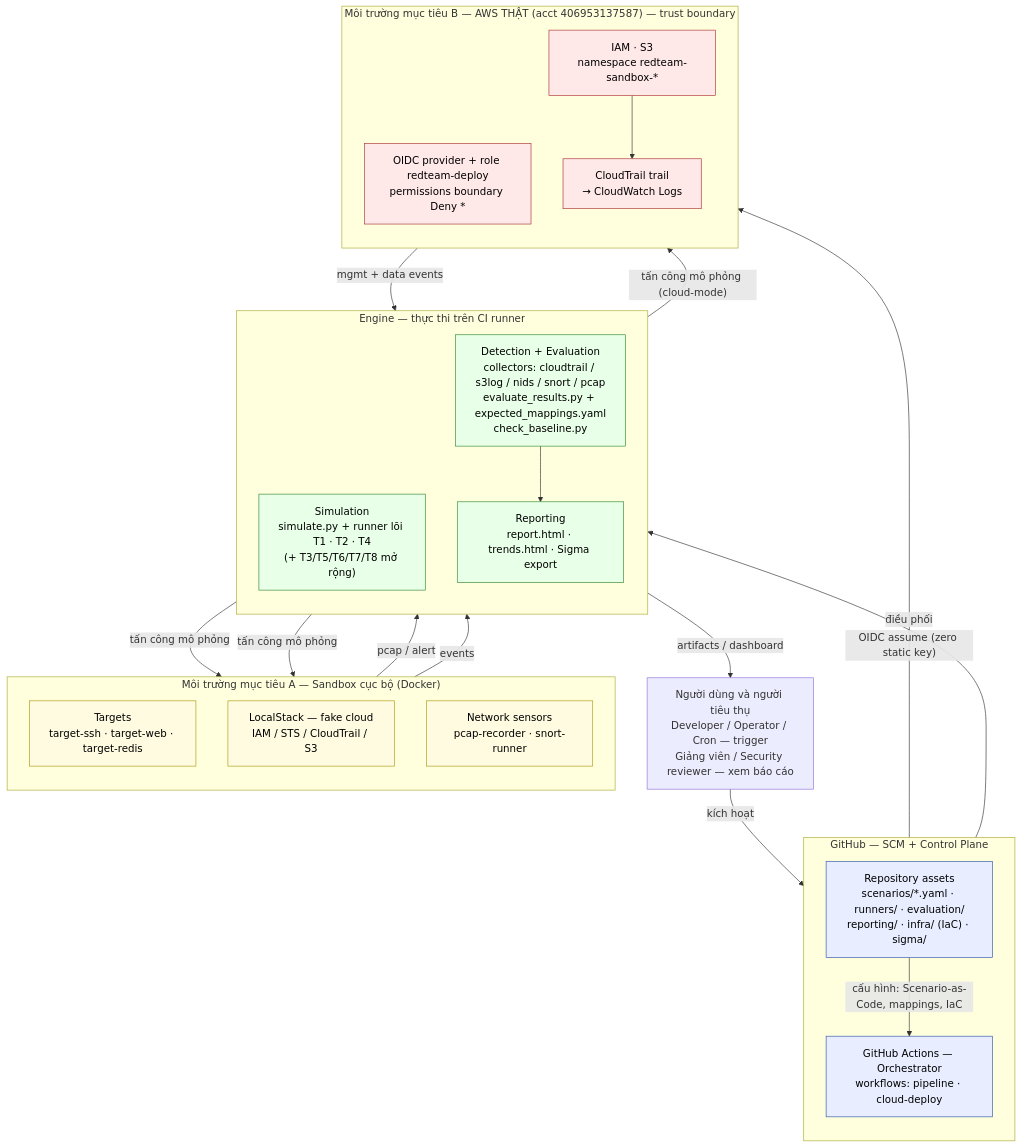
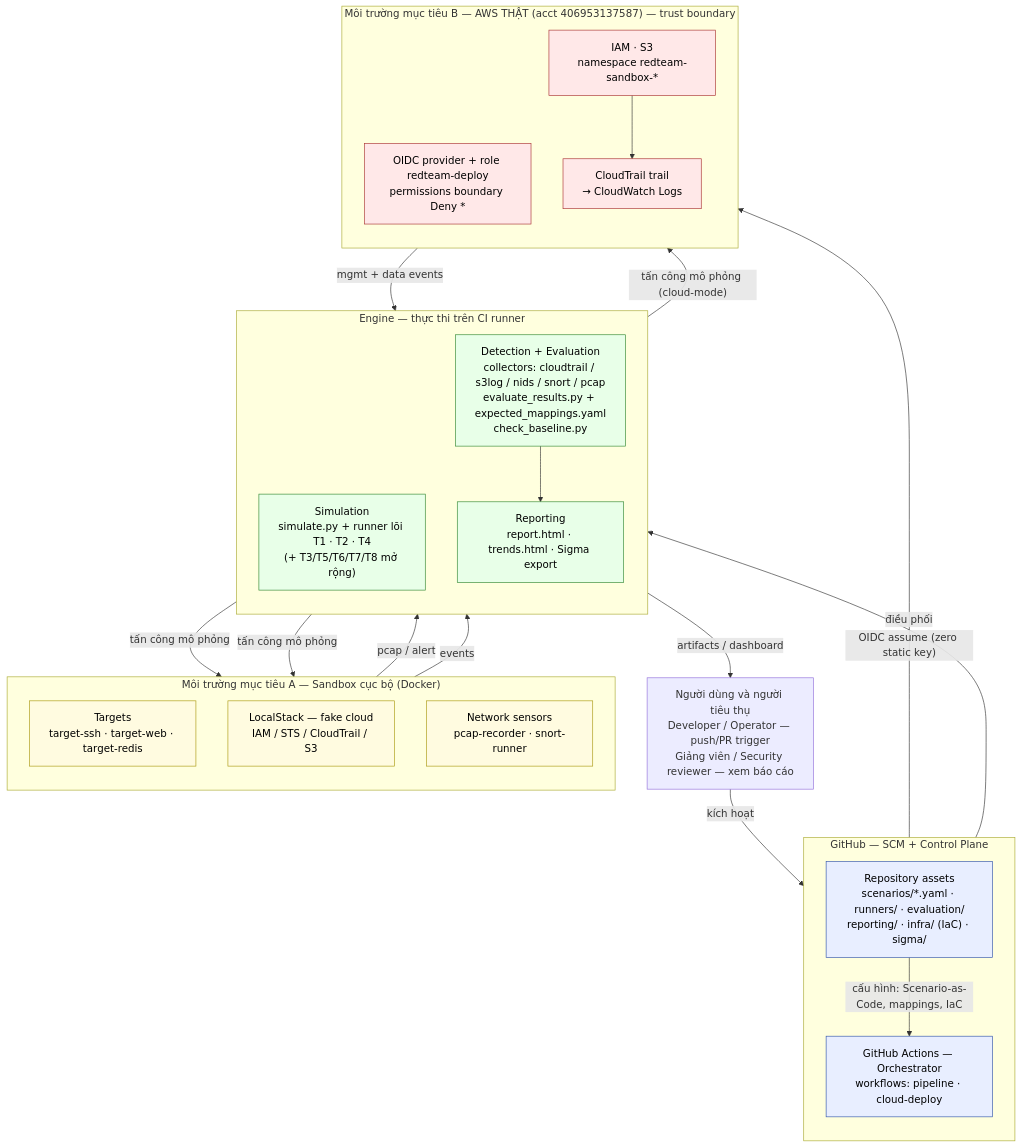
The first of 5 diagrams in docs/architecture.md (sampleit533/auto-redteam), drawn with Mermaid before and after one commit. The commit also changed 2 other files, not shown here.

Commit message:
Docs: finish 2-workflow consistency; retire stale duplicate proposal
- proposal_v2_redteam.md: fix deliverables '4 workflow' -> '2 workflow'; drop
  'Cron' trigger persona from the architecture diagram (no scheduled workflow).
- docs/architecture.md: same actor-node fix (push/PR trigger only).
- Rename orphaned stale copy docs/proposal_v2_redteam.md -> .md.bak so the root
  proposal_v2_redteam.md is the single canonical proposal.

````diff
--- a/docs/architecture.md
+++ b/docs/architecture.md
@@ -22,55 +22,55 @@
 ```mermaid
 flowchart TB
-    actors["Người dùng và người tiêu thụ<br/>Developer / Operator / Cron — trigger<br/>Giảng viên / Security reviewer — xem báo cáo"]
+    actors["Người dùng và người tiêu thụ<br/>Developer / Operator — push/PR trigger<br/>Giảng viên / Security reviewer — xem báo cáo"]
 
     subgraph GH["GitHub — SCM + Control Plane"]
         direction TB
         repo["Repository assets<br/>scenarios/*.yaml · runners/ · evaluation/<br/>reporting/ · infra/ (IaC) · sigma/"]
         gha["GitHub Actions — Orchestrator<br/>workflows: pipeline · cloud-deploy"]
     end
 
     subgraph ENG["Engine — thực thi trên CI runner"]
         direction TB
         sim["Simulation<br/>simulate.py + runner lõi T1 · T2 · T4<br/>(+ T3/T5/T6/T7/T8 mở rộng)"]
         det["Detection + Evaluation<br/>collectors: cloudtrail / s3log / nids / snort / pcap<br/>evaluate_results.py + expected_mappings.yaml<br/>check_baseline.py"]
         rep["Reporting<br/>report.html · trends.html · Sigma export"]
     end
 
     subgraph ENVA["Môi trường mục tiêu A — Sandbox cục bộ (Docker)"]
         direction TB
         tgt["Targets<br/>target-ssh · target-web · target-redis"]
         lstack["LocalStack — fake cloud<br/>IAM / STS / CloudTrail / S3"]
         sens["Network sensors<br/>pcap-recorder · snort-runner"]
     end
 
     subgraph ENVB["Môi trường mục tiêu B — AWS THẬT (acct 406953137587) — trust boundary"]
         direction TB
         oidc["OIDC provider + role redteam-deploy<br/>permissions boundary Deny *"]
         awsres["IAM · S3<br/>namespace redteam-sandbox-*"]
         ct["CloudTrail trail<br/>→ CloudWatch Logs"]
     end
 
     actors -->|"kích hoạt"| gha
     repo -->|"cấu hình: Scenario-as-Code, mappings, IaC"| gha
     gha -->|"điều phối"| ENG
     gha -->|"OIDC assume (zero static key)"| oidc
 
     sim -->|"tấn công mô phỏng"| tgt
     sim -->|"tấn công mô phỏng"| lstack
     sim -->|"tấn công mô phỏng (cloud-mode)"| awsres
     awsres --> ct
     sens -->|"pcap / alert"| det
     lstack -->|"events"| det
     ct -->|"mgmt + data events"| det
     det --> rep
     rep -->|"artifacts / dashboard"| actors
 
     classDef gh fill:#e8eeff,stroke:#3355aa,color:#000;
     classDef eng fill:#e8ffe8,stroke:#338833,color:#000;
     classDef enva fill:#fffbe0,stroke:#aa9911,color:#000;
     classDef envb fill:#ffe8e8,stroke:#aa3333,color:#000;
     class repo,gha gh;
     class sim,det,rep eng;
     class tgt,lstack,sens enva;
     class oidc,awsres,ct envb;
 ```
````
